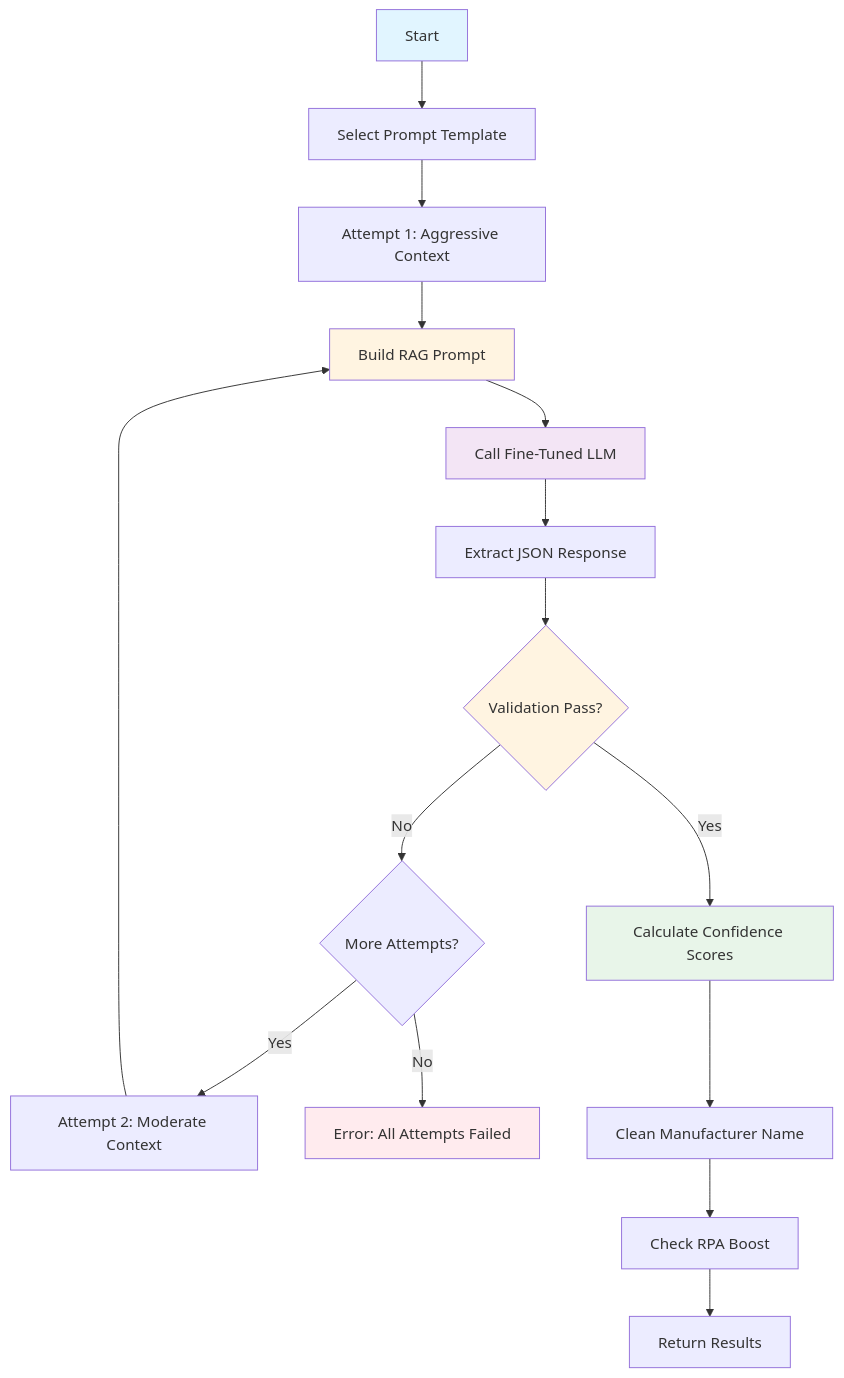
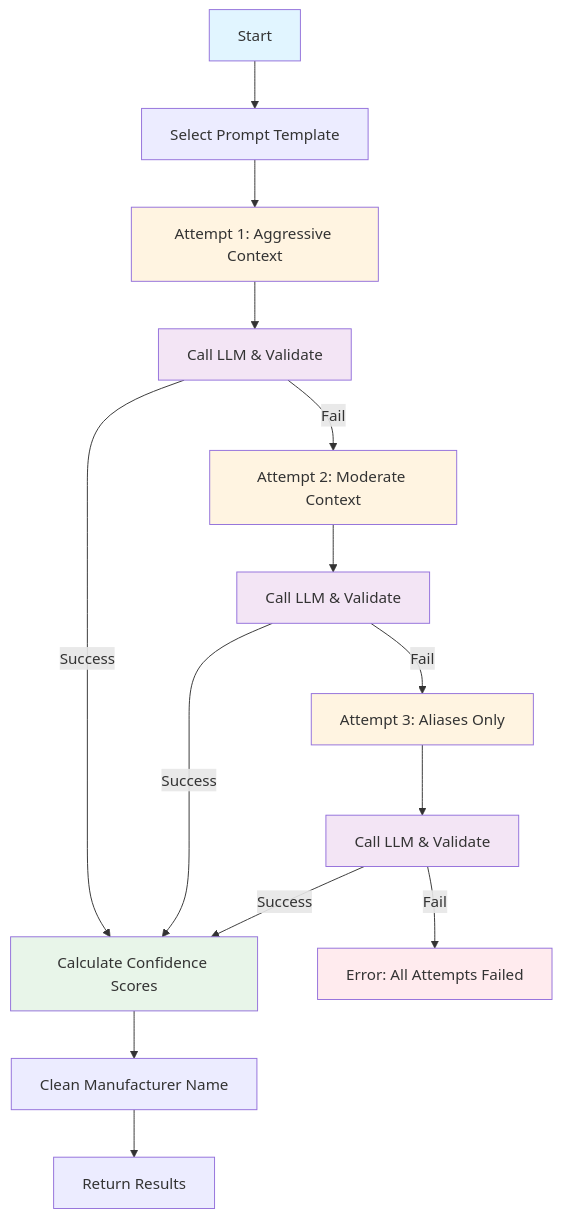
One commit to klevt33/AIProcessor changed the diagram in docs/07-finetuned-llm-stage.md. Above: the diagram before and after it, drawn with Mermaid. The commit also changed other lines of this file and 7 other files, not shown here.

````diff
--- a/docs/07-finetuned-llm-stage.md
+++ b/docs/07-finetuned-llm-stage.md
@@ -364,24 +372,30 @@
 ```mermaid
 graph TD
     A[Start] --> B[Select Prompt Template]
-    B --> C[Attempt 1: Aggressive Context]
-    C --> D[Build RAG Prompt]
-    D --> E[Call Fine-Tuned LLM]
-    E --> F[Extract JSON Response]
-    F --> G{Validation Pass?}
-    G -->|Yes| H[Calculate Confidence Scores]
-    G -->|No| I{More Attempts?}
-    I -->|Yes| J[Attempt 2: Moderate Context]
-    I -->|No| K[Error: All Attempts Failed]
-    J --> D
+
+    B --> C1[Attempt 1: Aggressive Context]
+    C1 --> D1[Call LLM & Validate]
+    D1 -->|Success| H[Calculate Confidence Scores]
+    D1 -->|Fail| C2[Attempt 2: Moderate Context]
+
+    C2 --> D2[Call LLM & Validate]
+    D2 -->|Success| H
+    D2 -->|Fail| C3[Attempt 3: Aliases Only]
+
+    C3 --> D3[Call LLM & Validate]
+    D3 -->|Success| H
+    D3 -->|Fail| K[Error: All Attempts Failed]
+
     H --> L[Clean Manufacturer Name]
-    L --> M[Check RPA Boost]
-    M --> N[Return Results]
-    
+    L --> N[Return Results]
+
     style A fill:#e1f5ff
-    style D fill:#fff4e1
-    style E fill:#f3e5f5
-    style G fill:#fff4e1
+    style C1 fill:#fff4e1
+    style C2 fill:#fff4e1
+    style C3 fill:#fff4e1
+    style D1 fill:#f3e5f5
+    style D2 fill:#f3e5f5
+    style D3 fill:#f3e5f5
     style H fill:#e8f5e9
     style K fill:#ffebee
 ```
````
